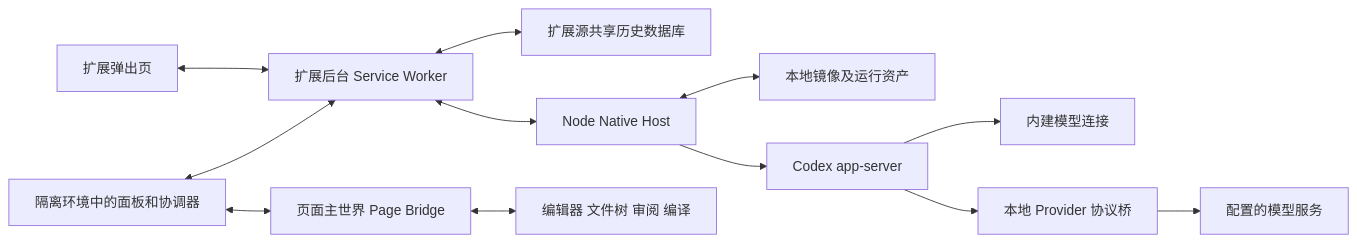
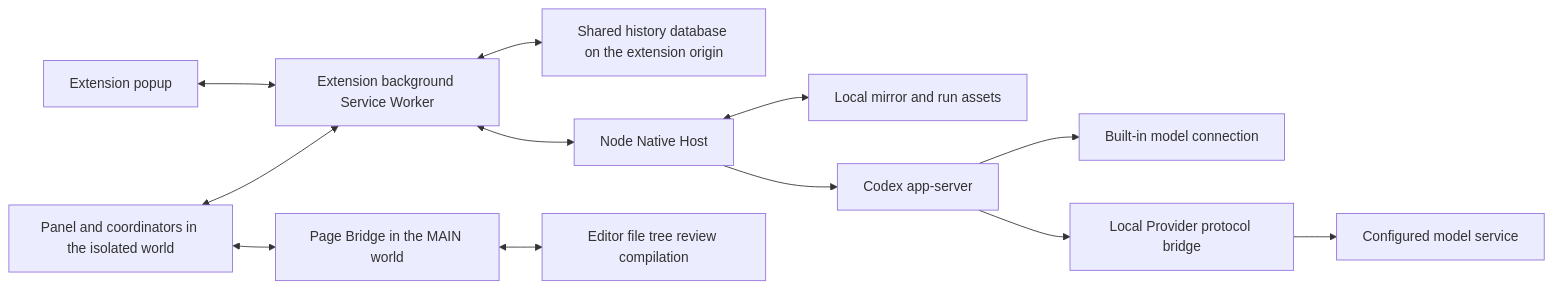
The first of 2 diagrams in docs/architecture/system-overview.md (Ghqqqq/codex-overleaf-link), drawn with Mermaid before and after one commit. The commit also changed other lines of this file and 14 other files, not shown here.

Commit message:
docs: translate architecture guide to English and correct navigation

````diff
--- a/docs/architecture/system-overview.md
+++ b/docs/architecture/system-overview.md
@@ -9,14 +9,14 @@
 ```mermaid
 flowchart LR
-    Popup[扩展弹出页] <--> Background[扩展后台 Service Worker]
-    Content[隔离环境中的面板和协调器] <--> Background
-    Content <--> Page[页面主世界 Page Bridge]
-    Page <--> Overleaf[编辑器 文件树 审阅 编译]
-    Background <--> Store[扩展源共享历史数据库]
+    Popup[Extension popup] <--> Background[Extension background Service Worker]
+    Content[Panel and coordinators in the isolated world] <--> Background
+    Content <--> Page[Page Bridge in the MAIN world]
+    Page <--> Overleaf[Editor file tree review compilation]
+    Background <--> Store[Shared history database on the extension origin]
     Background <--> Native[Node Native Host]
-    Native <--> Mirror[本地镜像及运行资产]
+    Native <--> Mirror[Local mirror and run assets]
     Native --> Codex[Codex app-server]
-    Codex --> Builtin[内建模型连接]
-    Codex --> Bridge[本地 Provider 协议桥]
-    Bridge --> Upstream[配置的模型服务]
+    Codex --> Builtin[Built-in model connection]
+    Codex --> Bridge[Local Provider protocol bridge]
+    Bridge --> Upstream[Configured model service]
 ```
````
